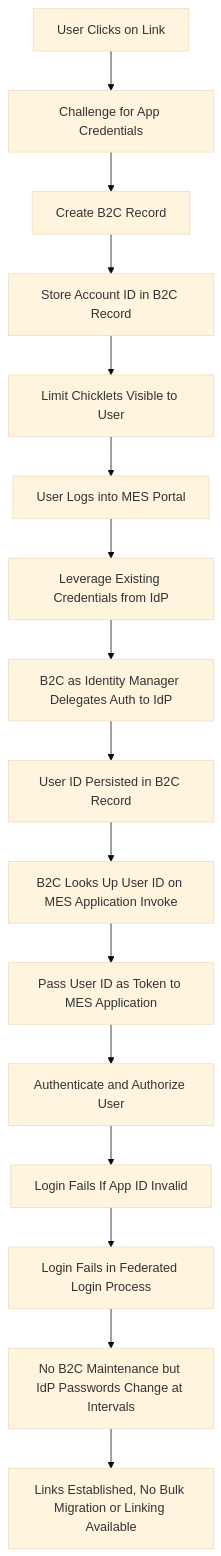
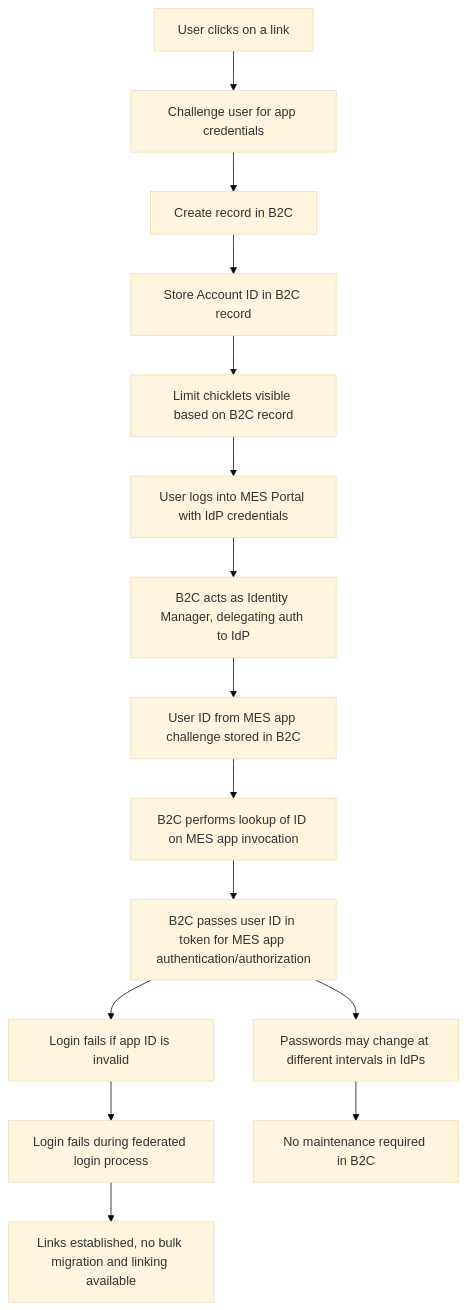
The diagram in README.md (oigbokwe73/Identity-and-Management-Providers), drawn with Mermaid (base theme) before and after one commit.

````diff
--- a/README.md
+++ b/README.md
@@ -206,18 +206,17 @@
 ```mermaid
 graph TD
-  A[User Clicks on Link] --> B[Challenge for App Credentials]
-  B --> C[Create B2C Record]
-  C --> D[Store Account ID in B2C Record]
-  D --> E[Limit Chicklets Visible to User]
-  E --> F[User Logs into MES Portal]
-  F --> G[Leverage Existing Credentials from IdP]
-  G --> H[B2C as Identity Manager Delegates Auth to IdP]
-  H --> I[User ID Persisted in B2C Record]
-  I --> J[B2C Looks Up User ID on MES Application Invoke]
-  J --> K[Pass User ID as Token to MES Application]
-  K --> L[Authenticate and Authorize User]
-  L --> M[Login Fails If App ID Invalid]
-  M --> N[Login Fails in Federated Login Process]
-  N --> O[No B2C Maintenance but IdP Passwords Change at Intervals]
-  O --> P[Links Established, No Bulk Migration or Linking Available]
+  A[User clicks on a link] --> B[Challenge user for app credentials]
+  B --> C[Create record in B2C]
+  C --> D[Store Account ID in B2C record]
+  D --> E[Limit chicklets visible based on B2C record]
+  E --> F[User logs into MES Portal with IdP credentials]
+  F --> G[B2C acts as Identity Manager, delegating auth to IdP]
+  G --> H[User ID from MES app challenge stored in B2C]
+  H --> I[B2C performs lookup of ID on MES app invocation]
+  I --> J[B2C passes user ID in token for MES app authentication/authorization]
+  J --> K[Login fails if app ID is invalid]
+  K --> L[Login fails during federated login process]
+  J --> M[Passwords may change at different intervals in IdPs]
+  M --> N[No maintenance required in B2C]
+  L --> O[Links established, no bulk migration and linking available]
 ```
````
